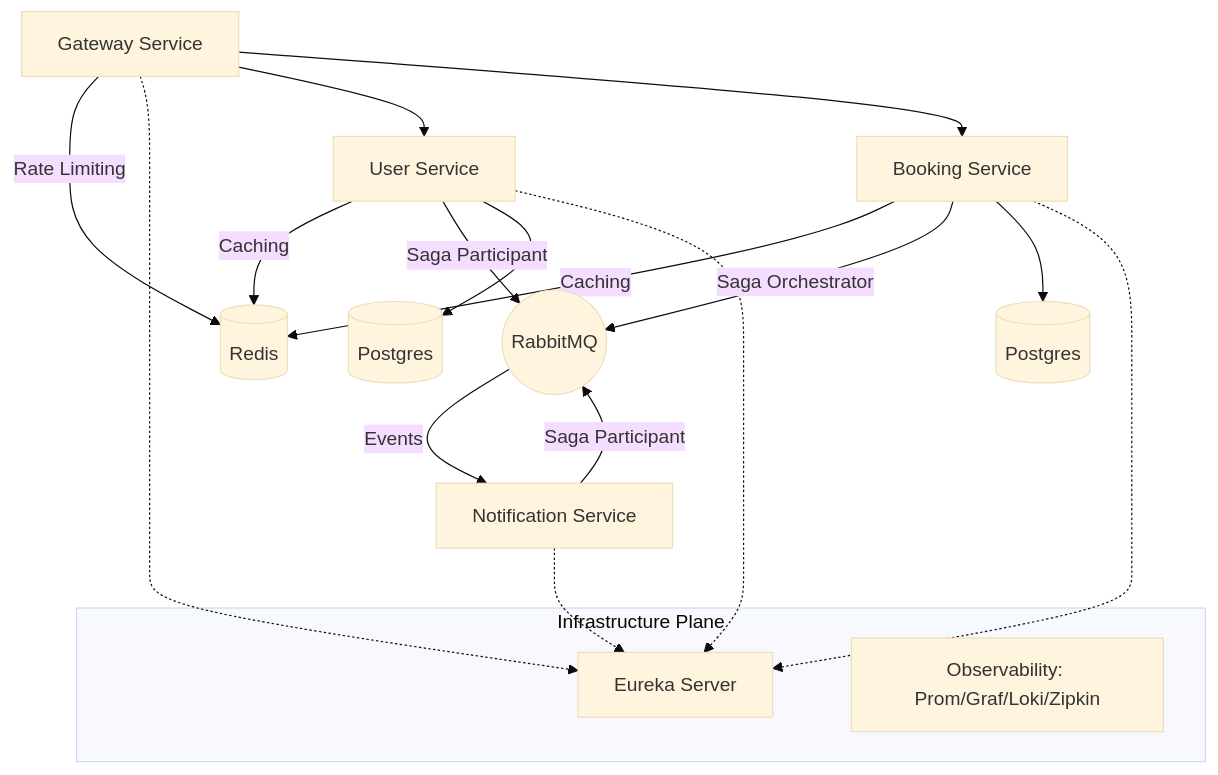
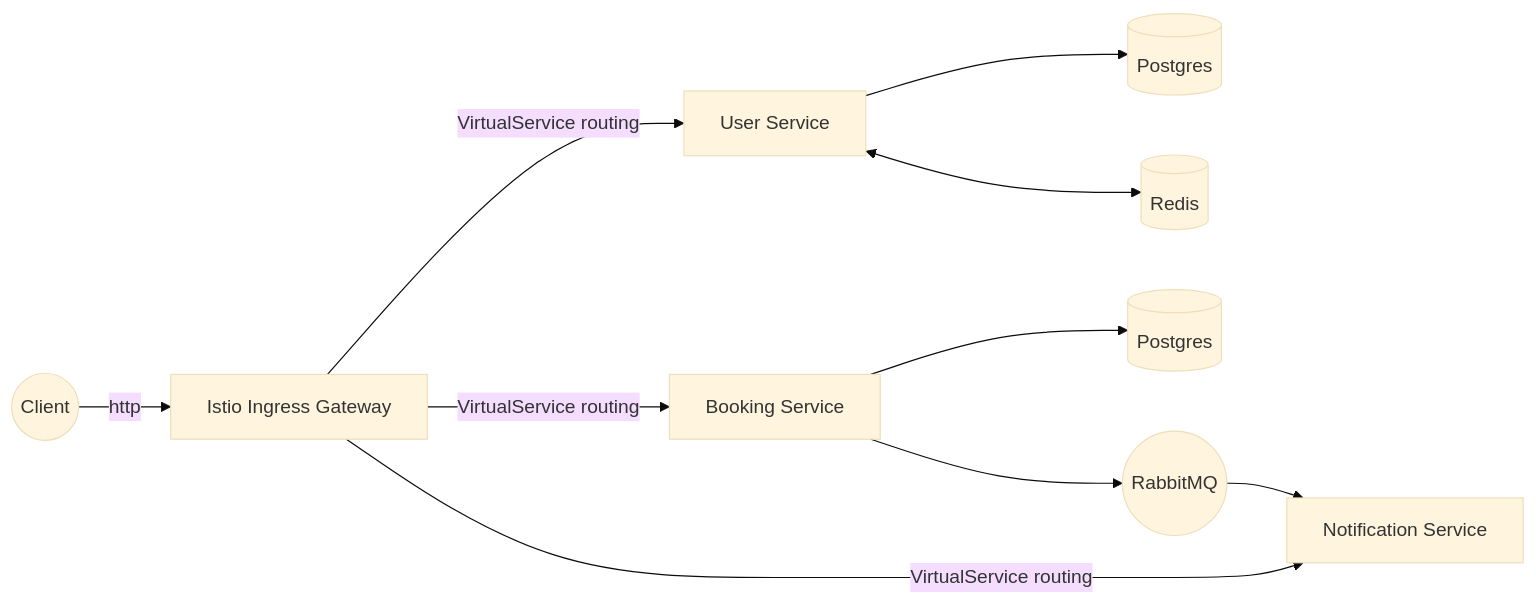
The diagram in README.md (ElshinSergei/beauty-salon-k8s), drawn with Mermaid (base theme) before and after one commit. The commit also changed other lines of this file and 23 other files, not shown here.

````diff
--- a/README.md
+++ b/README.md
@@ -12,26 +9,12 @@
 ```mermaid
-graph TD
-    subgraph Control_Plane [Infrastructure Plane]
-        Eureka[Eureka Server]
-        Obs[Observability: Prom/Graf/Loki/Zipkin]
-    end
-
-    Gateway[Gateway Service] -- Rate Limiting --> Redis[(Redis)]
-    Gateway -.-> Eureka
-    Gateway --> User[User Service]
-    Gateway --> Booking[Booking Service]
-    
-    User -- Caching --> Redis
-    User -- Saga Participant --> Rabbit((RabbitMQ))
-    User --> UserDB[(Postgres)]
-    User -.-> Eureka
-    
-    Booking -- Caching --> Redis
-    Booking -- Saga Orchestrator --> Rabbit
-    Booking --> BookingDB[(Postgres)]
-    Booking -.-> Eureka
-    
-    Rabbit -- Events --> Notification[Notification Service]
-    Notification -- Saga Participant --> Rabbit
-    Notification -.-> Eureka
+graph LR
+    User((Client)) --> |http| IGW[Istio Ingress Gateway]
+    IGW --> |VirtualService routing| US[User Service]
+    IGW --> |VirtualService routing| BS[Booking Service]
+    IGW --> |VirtualService routing| NS[Notification Service]
+    US --> DB1[(Postgres)]
+    BS --> DB2[(Postgres)]
+    BS --> R((RabbitMQ))
+    R --> NS
+    US <--> Redis[(Redis)]
 ```
````
